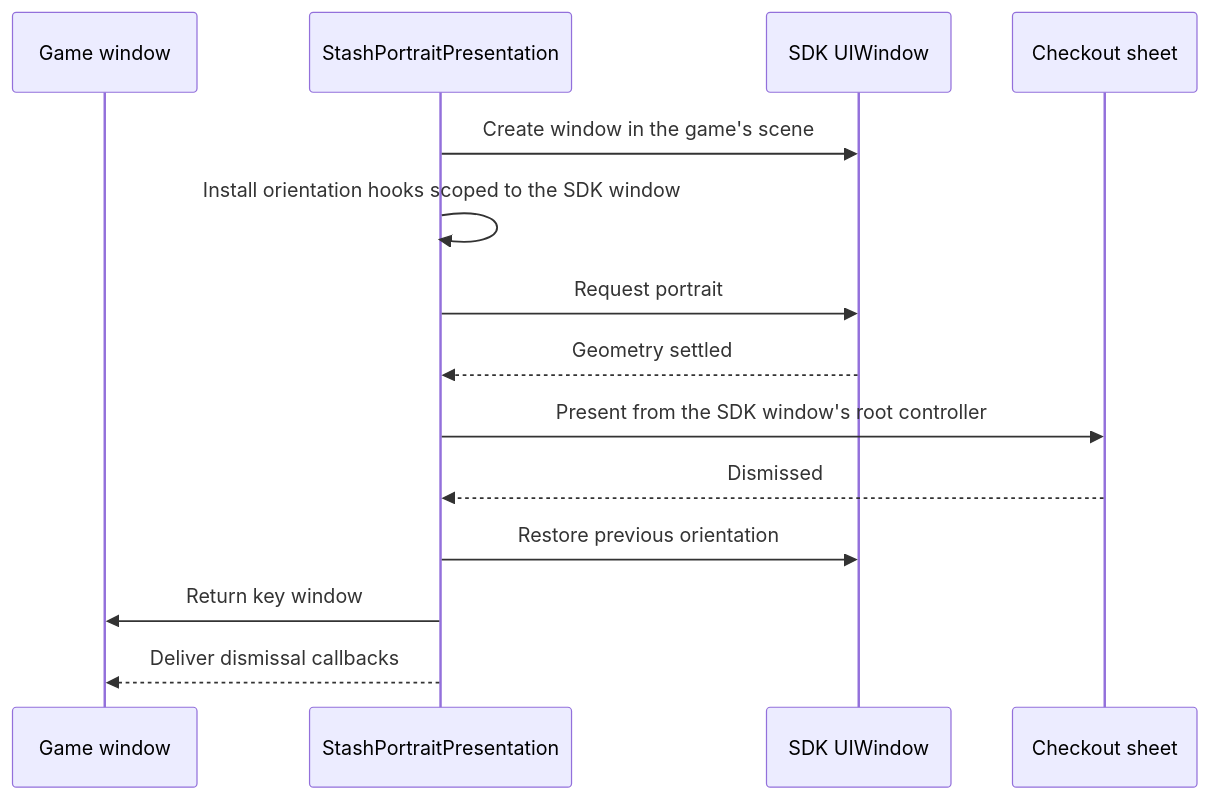
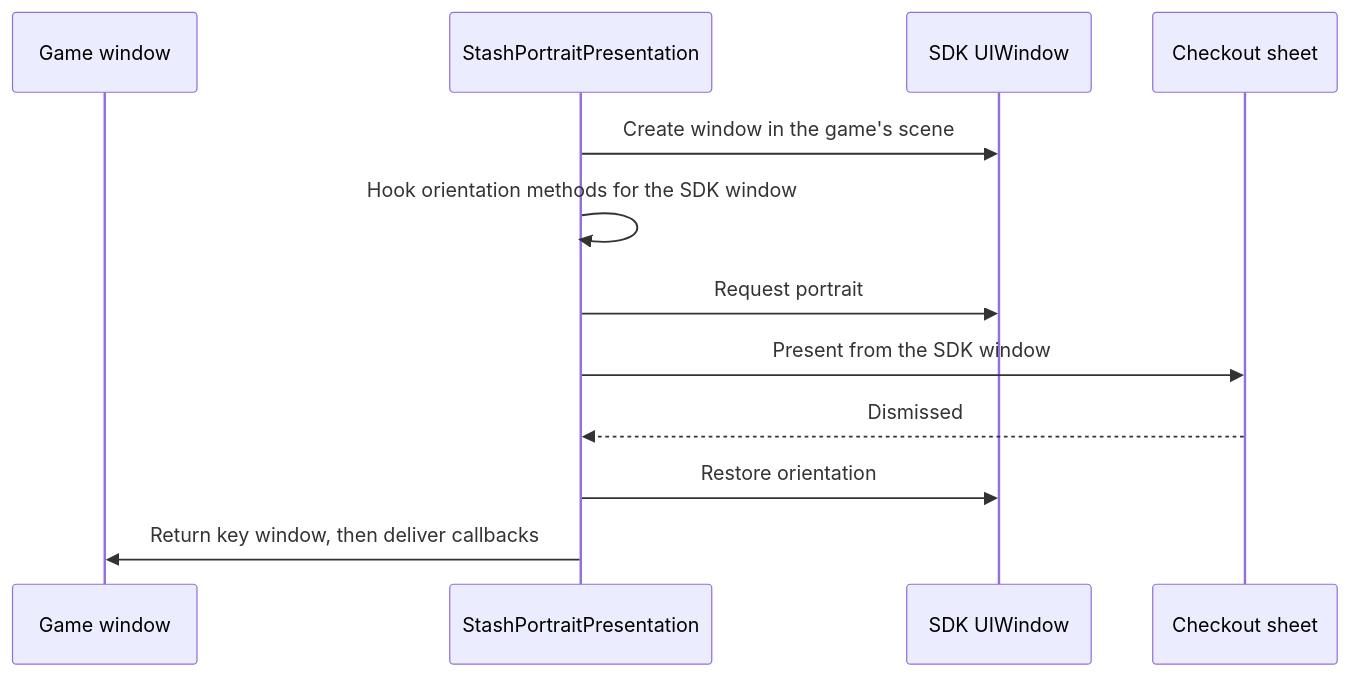
One commit to stashgg/stash-native changed the second of 2 diagrams in docs/architecture/ios.md. Above: the diagram before and after it, drawn with Mermaid. The commit also changed other lines of this file and 19 other files, not shown here.

First line of the commit message:
[docs] Restructure docs into Overview, Usage, and Platform Architecture

````diff
--- a/docs/architecture/ios.md
+++ b/docs/architecture/ios.md
@@ -142,17 +85,15 @@
 ```mermaid
 sequenceDiagram
     participant Game as Game window
     participant Portrait as StashPortraitPresentation
     participant Window as SDK UIWindow
     participant Card as Checkout sheet
 
     Portrait->>Window: Create window in the game's scene
-    Portrait->>Portrait: Install orientation hooks scoped to the SDK window
+    Portrait->>Portrait: Hook orientation methods for the SDK window
     Portrait->>Window: Request portrait
-    Window-->>Portrait: Geometry settled
-    Portrait->>Card: Present from the SDK window's root controller
+    Portrait->>Card: Present from the SDK window
     Card-->>Portrait: Dismissed
-    Portrait->>Window: Restore previous orientation
-    Portrait->>Game: Return key window
-    Portrait-->>Game: Deliver dismissal callbacks
+    Portrait->>Window: Restore orientation
+    Portrait->>Game: Return key window, then deliver callbacks
 ```
````
